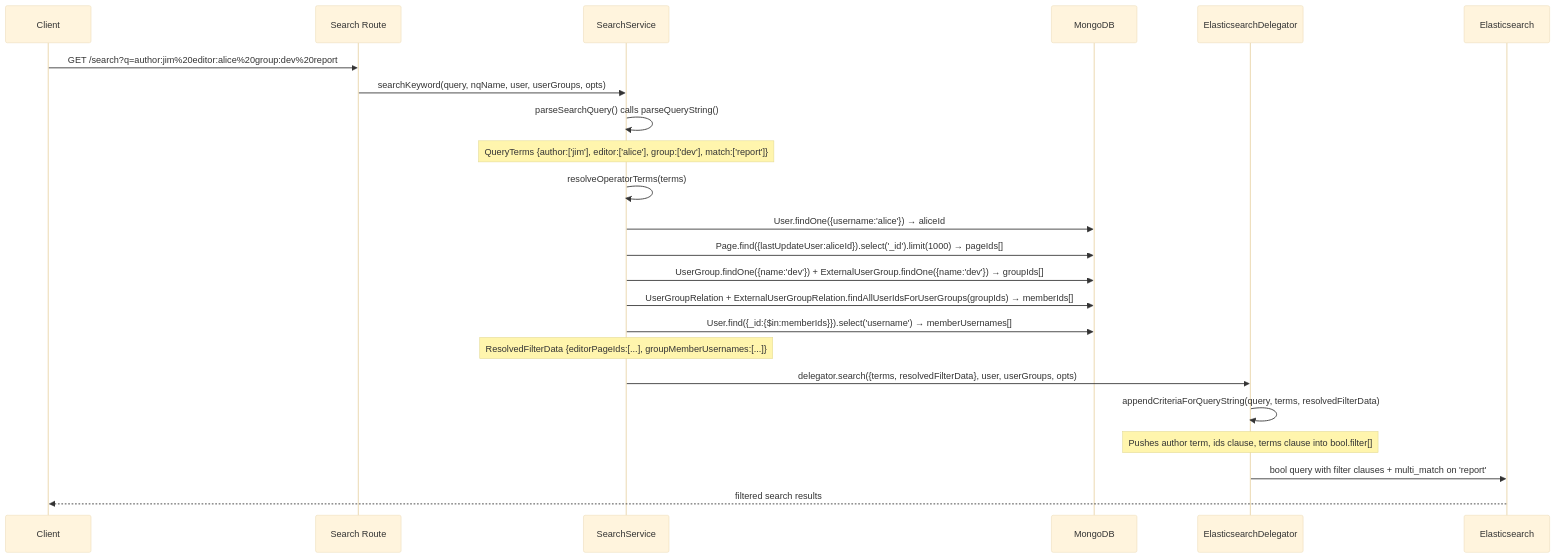
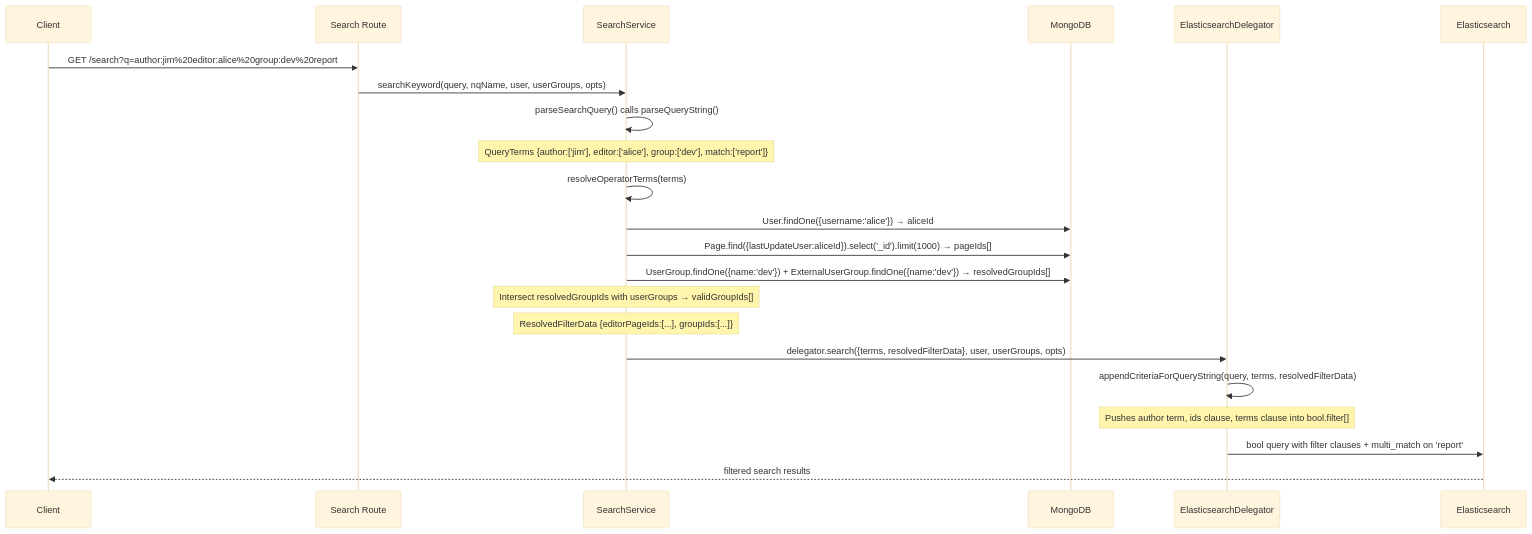
One commit to growilabs/growi changed the second of 2 diagrams in .kiro/specs/search-filters/design.md. Above: the diagram before and after it, drawn with Mermaid (base theme). The commit also changed other lines of this file and 4 other files, not shown here.

Commit message:
Update specs to be consistant and change group filter rule

````diff
--- a/.kiro/specs/search-filters/design.md
+++ b/.kiro/specs/search-filters/design.md
@@ -141,26 +138,25 @@
 ```mermaid
 sequenceDiagram
     participant Client
     participant Route as Search Route
     participant SS as SearchService
     participant DB as MongoDB
     participant ED as ElasticsearchDelegator
     participant ES as Elasticsearch
 
     Client->>Route: GET /search?q=author:jim%20editor:alice%20group:dev%20report
     Route->>SS: searchKeyword(query, nqName, user, userGroups, opts)
     SS->>SS: parseSearchQuery() calls parseQueryString()
     Note over SS: QueryTerms {author:['jim'], editor:['alice'], group:['dev'], match:['report']}
     SS->>SS: resolveOperatorTerms(terms)
     SS->>DB: User.findOne({username:'alice'}) → aliceId
     SS->>DB: Page.find({lastUpdateUser:aliceId}).select('_id').limit(1000) → pageIds[]
-    SS->>DB: UserGroup.findOne({name:'dev'}) + ExternalUserGroup.findOne({name:'dev'}) → groupIds[]
-    SS->>DB: UserGroupRelation + ExternalUserGroupRelation.findAllUserIdsForUserGroups(groupIds) → memberIds[]
-    SS->>DB: User.find({_id:{$in:memberIds}}).select('username') → memberUsernames[]
-    Note over SS: ResolvedFilterData {editorPageIds:[...], groupMemberUsernames:[...]}
+    SS->>DB: UserGroup.findOne({name:'dev'}) + ExternalUserGroup.findOne({name:'dev'}) → resolvedGroupIds[]
+    Note over SS: Intersect resolvedGroupIds with userGroups → validGroupIds[]
+    Note over SS: ResolvedFilterData {editorPageIds:[...], groupIds:[...]}
     SS->>ED: delegator.search({terms, resolvedFilterData}, user, userGroups, opts)
     ED->>ED: appendCriteriaForQueryString(query, terms, resolvedFilterData)
     Note over ED: Pushes author term, ids clause, terms clause into bool.filter[]
     ED->>ES: bool query with filter clauses + multi_match on 'report'
     ES-->>Client: filtered search results
 ```
````
